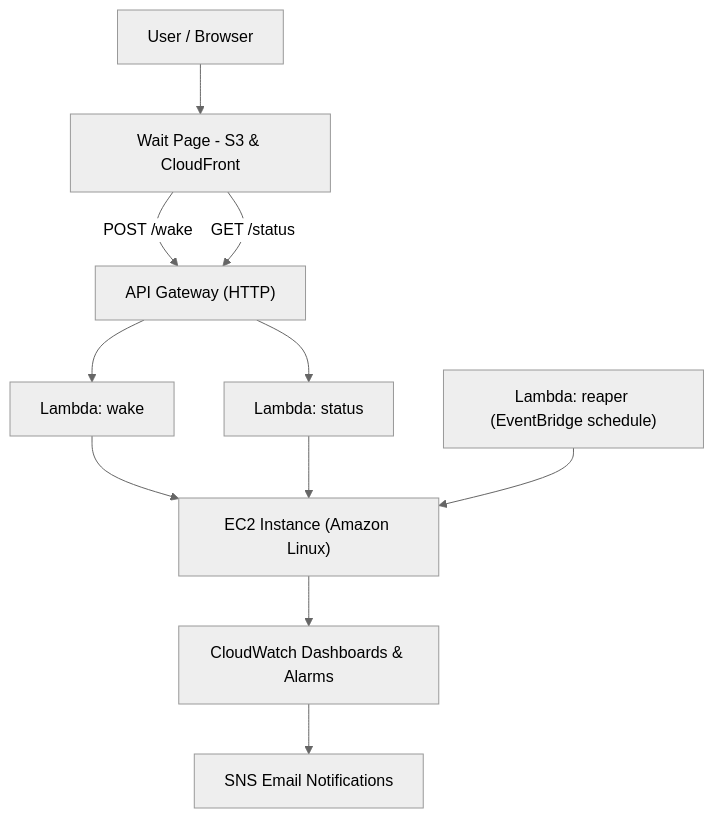
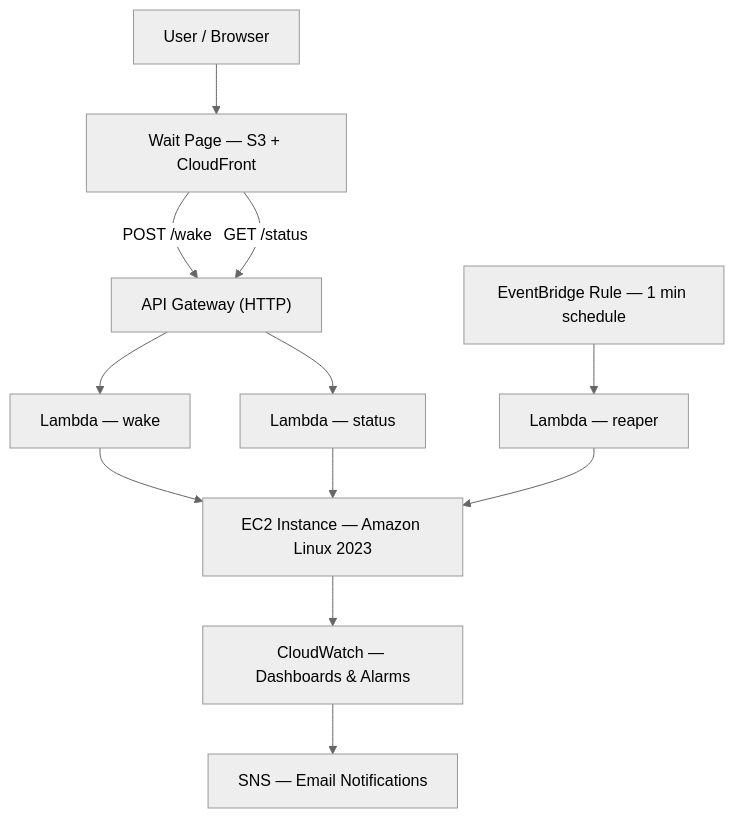
The diagram in README.md (rusets/CI-CD-Pipeline-for-Application-Deployment), drawn with Mermaid (neutral theme) before and after one commit.

Commit message:
docs: enhanced README with full architecture diagram and screenshots

````diff
--- a/README.md
+++ b/README.md
@@ -30,17 +30,20 @@
 ```mermaid
+
 flowchart TD
-  U["User / Browser"] --> W["Wait Page - S3 & CloudFront"]
+  U["User / Browser"] --> W["Wait Page — S3 + CloudFront"]
 
   W -- "POST /wake" --> API["API Gateway (HTTP)"]
   W -- "GET /status" --> API
 
-  API --> Lwake["Lambda: wake"]
-  API --> Lstatus["Lambda: status"]
+  API --> Lwake["Lambda — wake"]
+  API --> Lstatus["Lambda — status"]
 
-  Lwake --> EC2["EC2 Instance (Amazon Linux)"]
+  Lwake --> EC2["EC2 Instance — Amazon Linux 2023"]
   Lstatus --> EC2
 
-  R["Lambda: reaper (EventBridge schedule)"] --> EC2
-  EC2 --> CW["CloudWatch Dashboards & Alarms"]
-  CW --> SNS["SNS Email Notifications"]
+  EB["EventBridge Rule — 1 min schedule"] --> Lreaper["Lambda — reaper"]
+  Lreaper --> EC2
+
+  EC2 --> CW["CloudWatch — Dashboards & Alarms"]
+  CW --> SNS["SNS — Email Notifications"]
 ```
````
